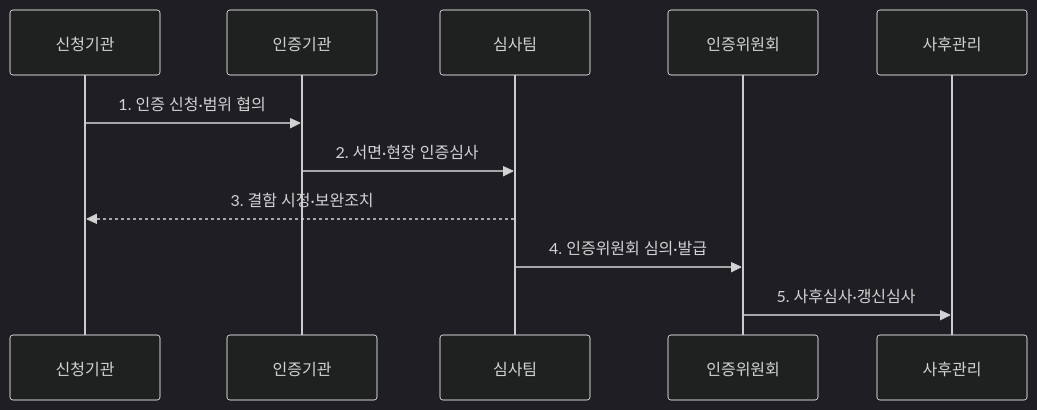
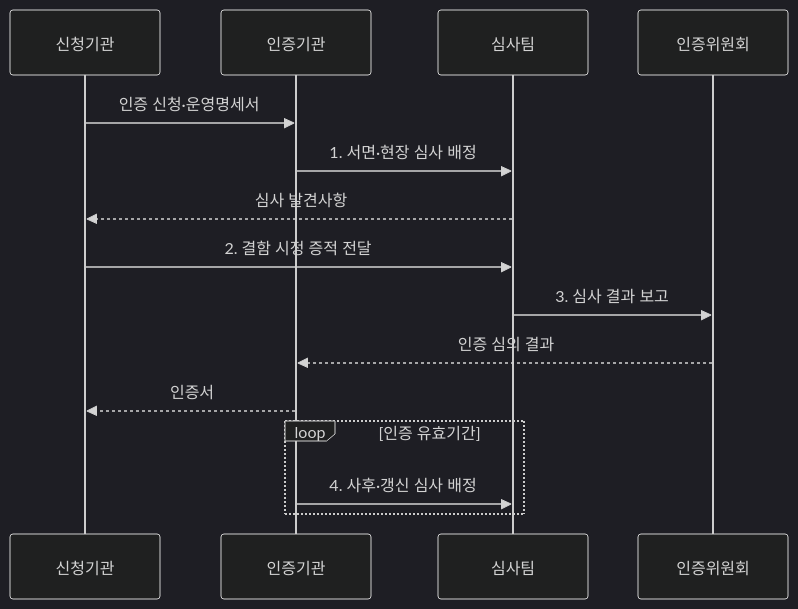
One commit to agnusdei1207/knowledge-base changed the second of 2 diagrams in src/content/docs/notes/05-security/104_isms_p_certification_process.md. Above: the diagram before and after it, drawn with Mermaid (dark theme). The commit also changed other lines of this file and 20 other files, not shown here.

````diff
--- a/src/content/docs/notes/05-security/104_isms_p_certification_process.md
+++ b/src/content/docs/notes/05-security/104_isms_p_certification_process.md
@@ -81,13 +81,17 @@
 ```mermaid
 sequenceDiagram
   participant O as 신청기관
   participant A as 인증기관
   participant T as 심사팀
   participant C as 인증위원회
-  participant M as 사후관리
-  O->>A: 1. 인증 신청·범위 협의
-  A->>T: 2. 서면·현장 인증심사
-  T-->>O: 3. 결함 시정·보완조치
-  T->>C: 4. 인증위원회 심의·발급
-  C->>M: 5. 사후심사·갱신심사
+  O->>A: 인증 신청·운영명세서
+  A->>T: 1. 서면·현장 심사 배정
+  T-->>O: 심사 발견사항
+  O->>T: 2. 결함 시정 증적 전달
+  T->>C: 3. 심사 결과 보고
+  C-->>A: 인증 심의 결과
+  A-->>O: 인증서
+  loop 인증 유효기간
+    A->>T: 4. 사후·갱신 심사 배정
+  end
 ```
````
